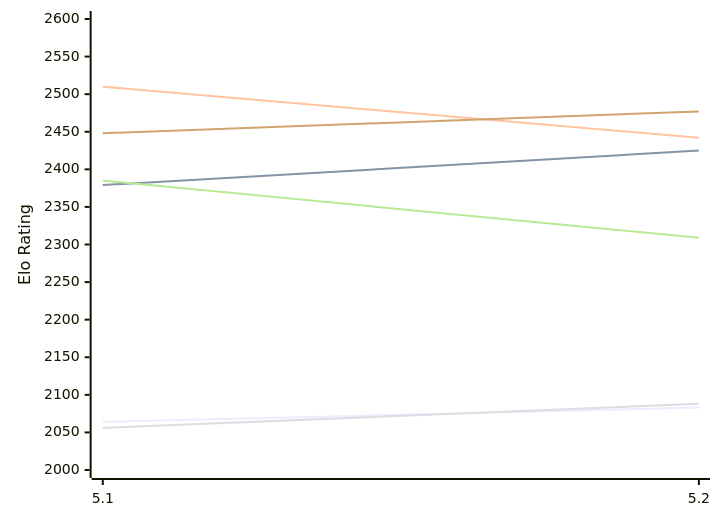
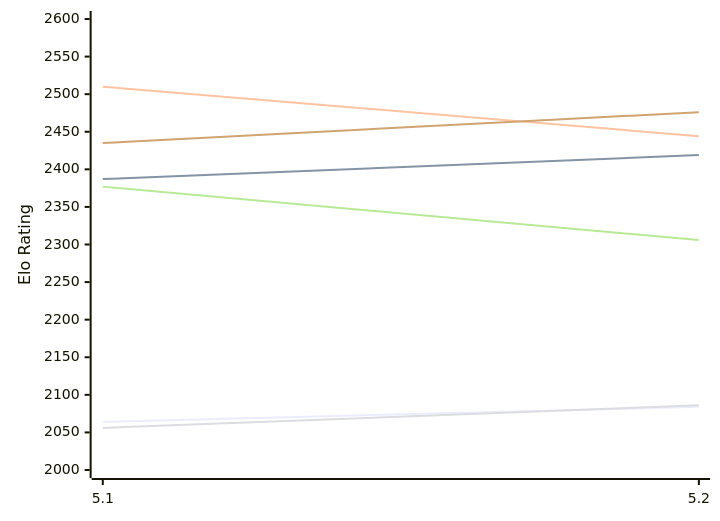
Before and after one commit to computer-chess-index/cci: the first of 2 diagrams in engines/Prophet.md, drawn with Mermaid. The commit also changed other lines of this file, not shown here.

Commit message:
Update CCI Ratings (ELO VLTC) - 2026-11-26

````diff
--- a/engines/Prophet.md
+++ b/engines/Prophet.md
@@ -50,12 +50,12 @@
 ```mermaid
 %%{init: {"theme":"base","themeVariables":{"seriesColors:['#a3a3a3','#222221','#faa371']}}}%%
 xychart-beta
   x-axis ["5.1", "5.2"]
   y-axis "Elo Rating" 2000 --> 2600
-  line "E1: STC (8.0+0.08s)" [2064, 2083]
-  line "E1: LTC (60.0+0.60s)" [2379, 2425]
-  line "E1: VLTC (2m24s+1.12s)" [2510, 2442]
-  line "P1: STC (8.0+0.08s)" [2056, 2088]
-  line "P1: LTC (60.0+0.60s)" [2385, 2309]
-  line "P1: VLTC (2m24s+1.12s)" [2448, 2477]
+  line "E1: STC (8.0+0.08s)" [2064, 2084]
+  line "E1: LTC (60.0+0.60s)" [2387, 2419]
+  line "E1: VLTC (2m24s+1.12s)" [2510, 2444]
+  line "P1: STC (8.0+0.08s)" [2056, 2086]
+  line "P1: LTC (60.0+0.60s)" [2377, 2306]
+  line "P1: VLTC (2m24s+1.12s)" [2435, 2476]
 ```
````
